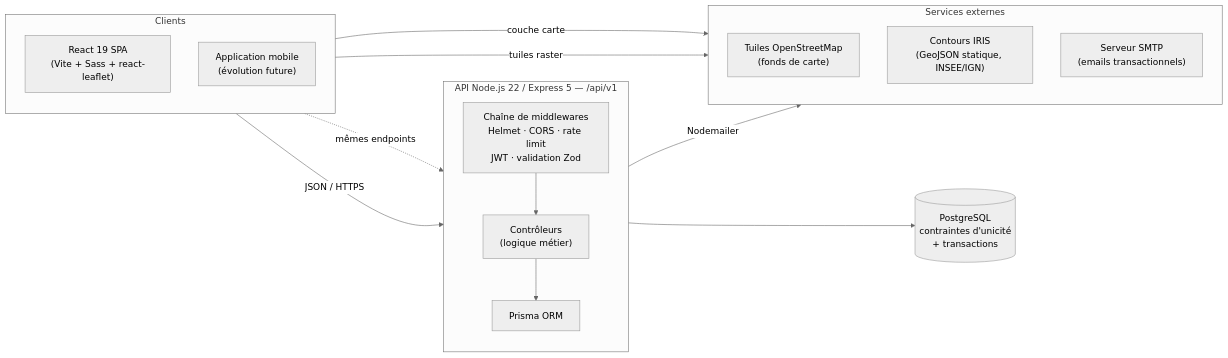
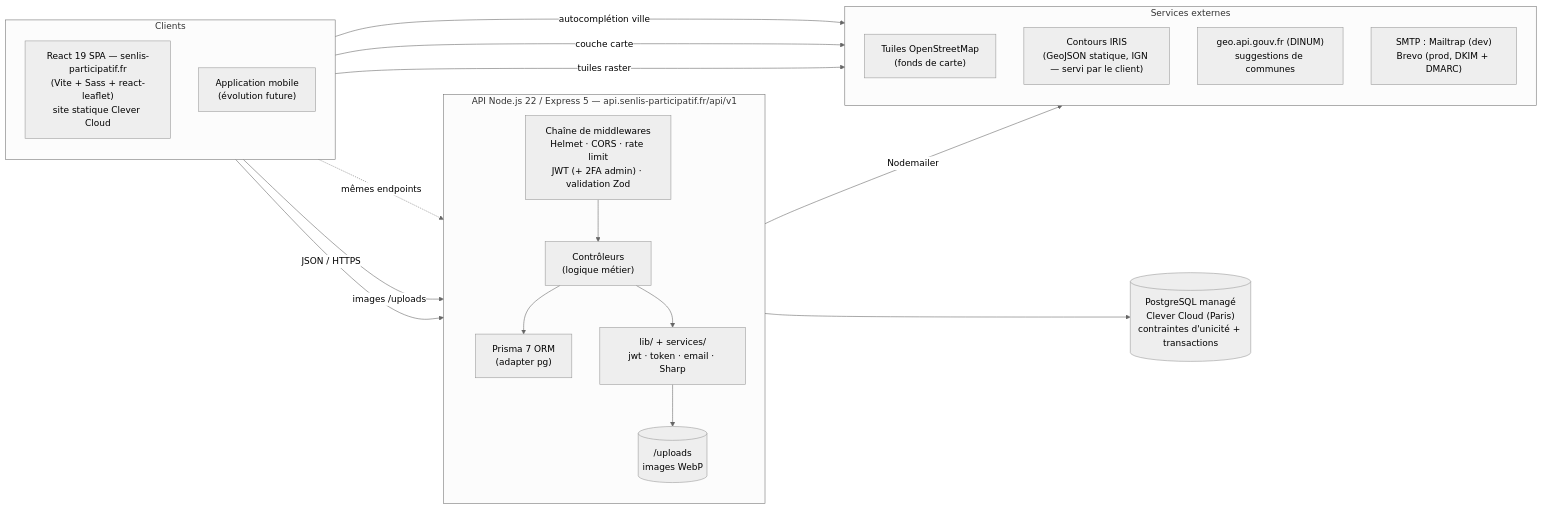
The diagram in 06-diagramme-architecture.md (Nathalie-Leduc/Senlis-Participatif-docs), drawn with Mermaid (neutral theme) before and after one commit. The commit also changed other lines of this file and 28 other files, not shown here.

````diff
--- a/06-diagramme-architecture.md
+++ b/06-diagramme-architecture.md
@@ -5,32 +7,39 @@
 ```mermaid
 flowchart LR
     subgraph Clients
         direction TB
-        R["React 19 SPA<br/>(Vite + Sass + react-leaflet)"]
+        R["React 19 SPA — senlis-participatif.fr<br/>(Vite + Sass + react-leaflet)<br/>site statique Clever Cloud"]
         M["Application mobile<br/>(évolution future)"]
     end
 
-    subgraph API ["API Node.js 22 / Express 5 — /api/v1"]
+    subgraph API ["API Node.js 22 / Express 5 — api.senlis-participatif.fr/api/v1"]
         direction TB
-        SEC["Chaîne de middlewares<br/>Helmet · CORS · rate limit<br/>JWT · validation Zod"]
+        SEC["Chaîne de middlewares<br/>Helmet · CORS · rate limit<br/>JWT (+ 2FA admin) · validation Zod"]
         CTRL["Contrôleurs<br/>(logique métier)"]
-        PR["Prisma ORM"]
+        LIB["lib/ + services/<br/>jwt · token · email · Sharp"]
+        PR["Prisma 7 ORM<br/>(adapter pg)"]
+        UP[("/uploads<br/>images WebP")]
         SEC --> CTRL --> PR
+        CTRL --> LIB
+        LIB --> UP
     end
 
-    DB[("PostgreSQL<br/>contraintes d'unicité<br/>+ transactions")]
+    DB[("PostgreSQL managé<br/>Clever Cloud (Paris)<br/>contraintes d'unicité + transactions")]
 
     subgraph Externes ["Services externes"]
         direction TB
         OSM["Tuiles OpenStreetMap<br/>(fonds de carte)"]
-        IGN["Contours IRIS<br/>(GeoJSON statique, INSEE/IGN)"]
-        SMTP["Serveur SMTP<br/>(emails transactionnels)"]
+        IGN["Contours IRIS<br/>(GeoJSON statique, IGN — servi par le client)"]
+        GEO["geo.api.gouv.fr (DINUM)<br/>suggestions de communes"]
+        SMTP["SMTP : Mailtrap (dev)<br/>Brevo (prod, DKIM + DMARC)"]
     end
 
     R -- "JSON / HTTPS" --> SEC
+    R -- "images /uploads" --> UP
     M -. "mêmes endpoints" .-> SEC
     R -- "tuiles raster" --> OSM
     R -- "couche carte" --> IGN
-    CTRL -- "Nodemailer" --> SMTP
+    R -- "autocomplétion ville" --> GEO
+    LIB -- "Nodemailer" --> SMTP
     PR --> DB
 ```
````
